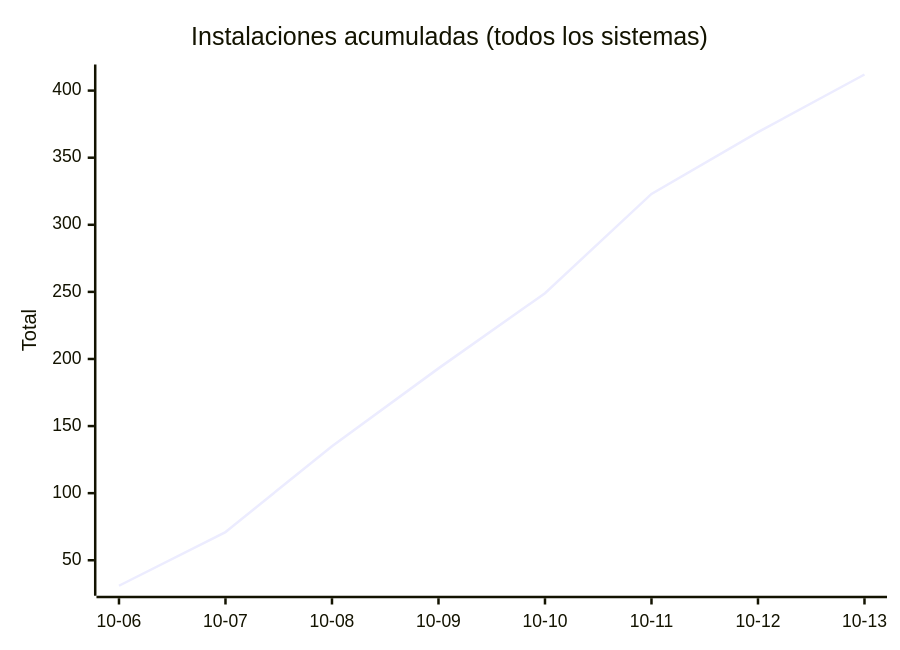
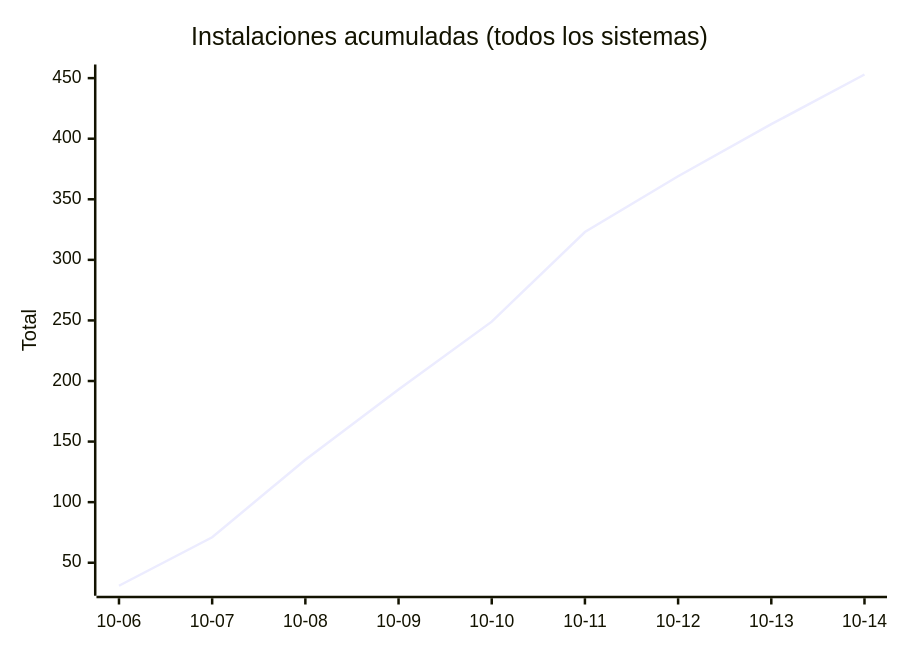
Before and after one commit to EmuDeck/stats: the seventh of 8 diagrams in README.md, drawn with Mermaid. The commit also changed other lines of this file and 2 other files, not shown here.

````diff
--- a/README.md
+++ b/README.md
@@ -76,7 +76,7 @@
 ```mermaid
 xychart-beta
     title "Instalaciones acumuladas (todos los sistemas)"
-    x-axis ["10-06", "10-07", "10-08", "10-09", "10-10", "10-11", "10-12", "10-13"]
+    x-axis ["10-06", "10-07", "10-08", "10-09", "10-10", "10-11", "10-12", "10-13", "10-14"]
     y-axis "Total"
-    line [31, 71, 135, 193, 249, 323, 369, 412]
+    line [31, 71, 135, 193, 249, 323, 369, 412, 453]
 ```
````
